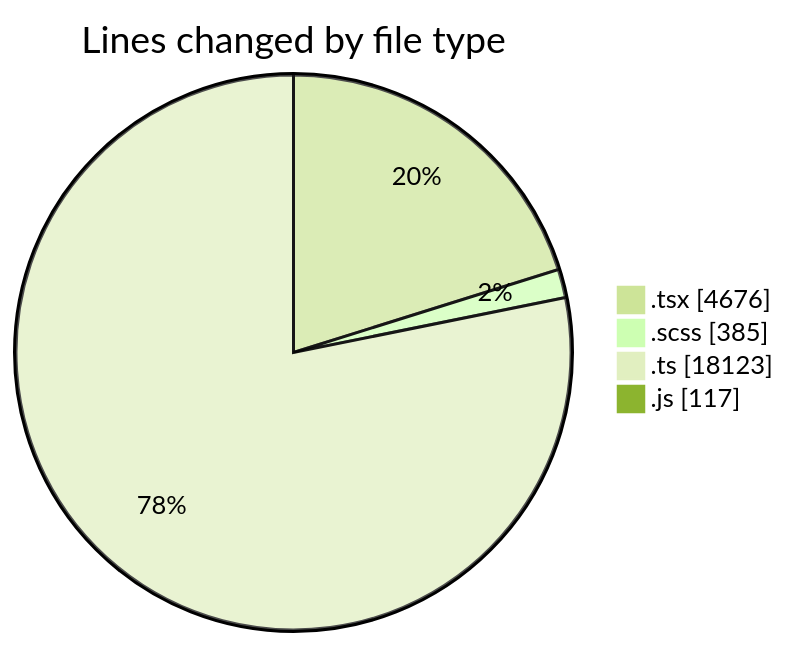
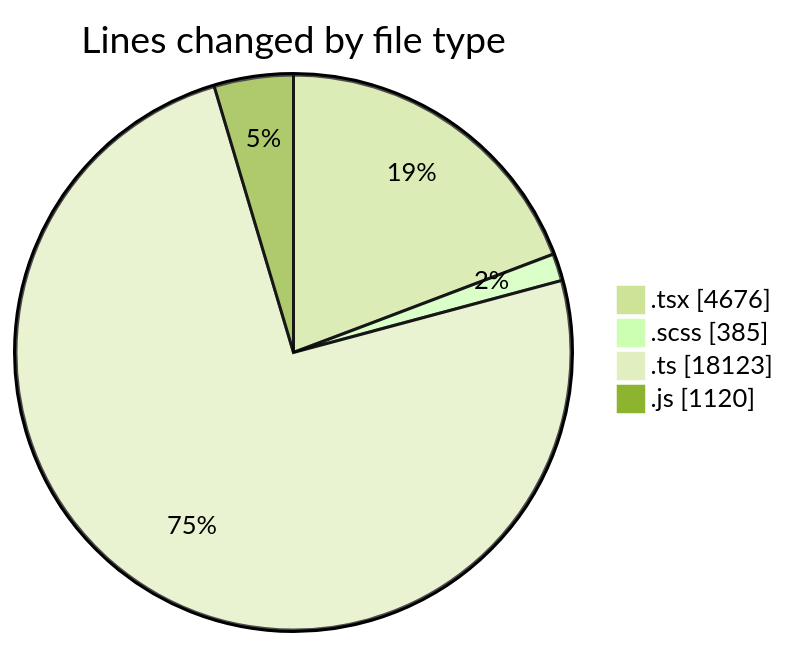
The first of 2 diagrams in 2025-06-17/cda/README.md (momahboobian/code-tracking), drawn with Mermaid (forest theme) before and after one commit. The commit also changed other lines of this file and 1 other file, not shown here.

````diff
--- a/2025-06-17/cda/README.md
+++ b/2025-06-17/cda/README.md
@@ -42,8 +43,8 @@
 ```mermaid
 pie showData
 title Lines changed by file type
 ".tsx" : 4676
 ".scss" : 385
 ".ts" : 18123
-".js" : 117
+".js" : 1120
 ```
````
